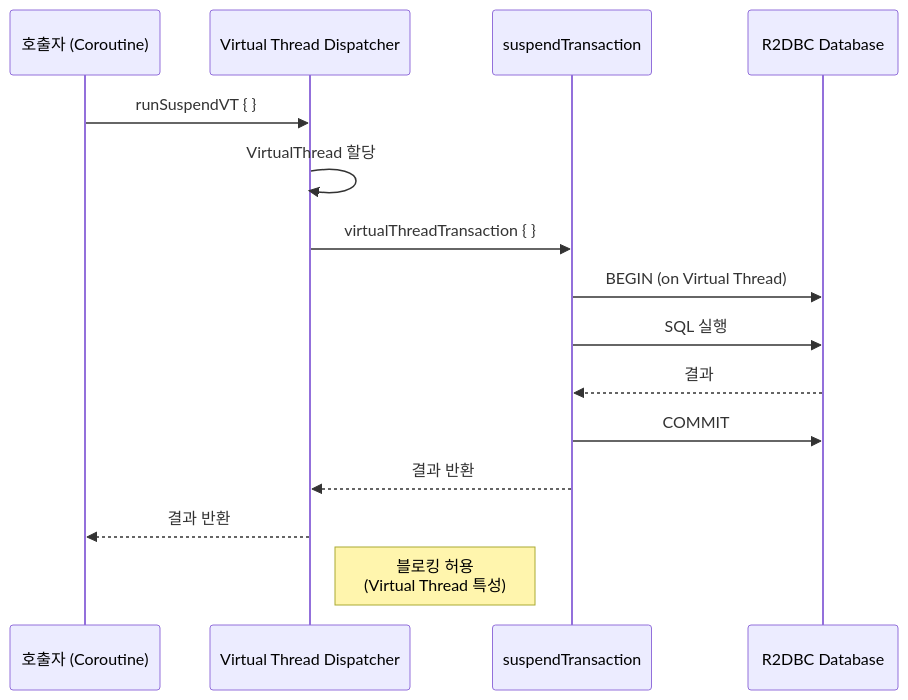
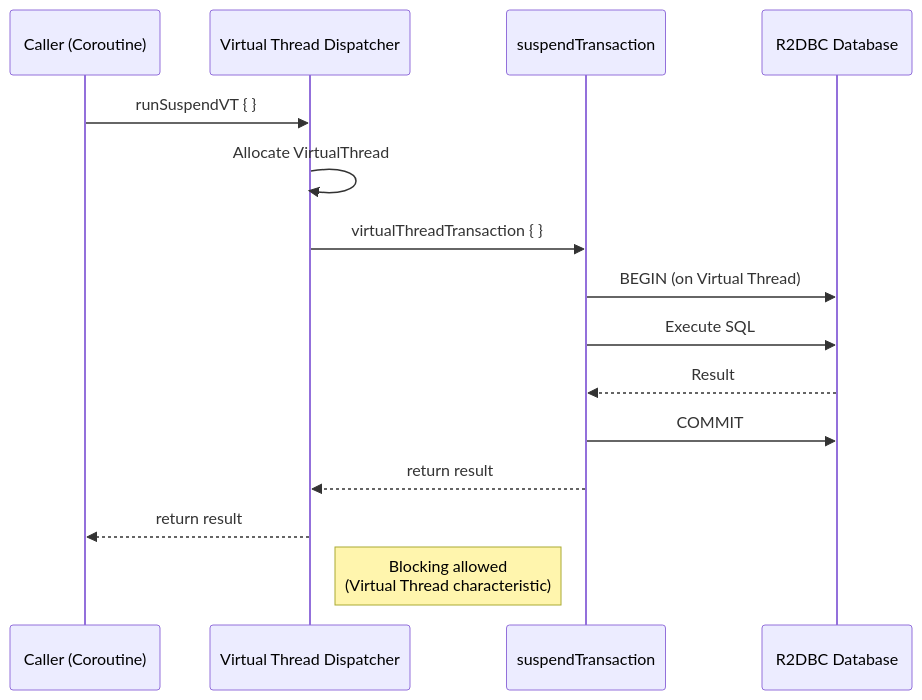
Before and after one commit to bluetape4k/exposed-r2dbc-workshop: the first of 3 diagrams in 08-r2dbc-coroutines/02-exposed-r2dbc-virtualthreads-basic/README.md, drawn with Mermaid. The commit also changed other lines of this file and 63 other files, not shown here.

First line of the commit message:
docs: 전 모듈 README Mermaid UML 추가 및 영/한 이중화

````diff
--- a/08-r2dbc-coroutines/02-exposed-r2dbc-virtualthreads-basic/README.md
+++ b/08-r2dbc-coroutines/02-exposed-r2dbc-virtualthreads-basic/README.md
@@ -13,18 +15,18 @@
 ```mermaid
 sequenceDiagram
-    participant C as 호출자 (Coroutine)
+    participant C as Caller (Coroutine)
     participant VT as Virtual Thread Dispatcher
     participant ST as suspendTransaction
     participant DB as R2DBC Database
 
     C ->> VT: runSuspendVT { }
-    VT ->> VT: VirtualThread 할당
+    VT ->> VT: Allocate VirtualThread
     VT ->> ST: virtualThreadTransaction { }
     ST ->> DB: BEGIN (on Virtual Thread)
-    ST ->> DB: SQL 실행
-    DB -->> ST: 결과
+    ST ->> DB: Execute SQL
+    DB -->> ST: Result
     ST ->> DB: COMMIT
-    ST -->> VT: 결과 반환
-    VT -->> C: 결과 반환
-    Note right of VT: 블로킹 허용<br/>(Virtual Thread 특성)
+    ST -->> VT: return result
+    VT -->> C: return result
+    Note right of VT: Blocking allowed<br/>(Virtual Thread characteristic)
 ```
````
